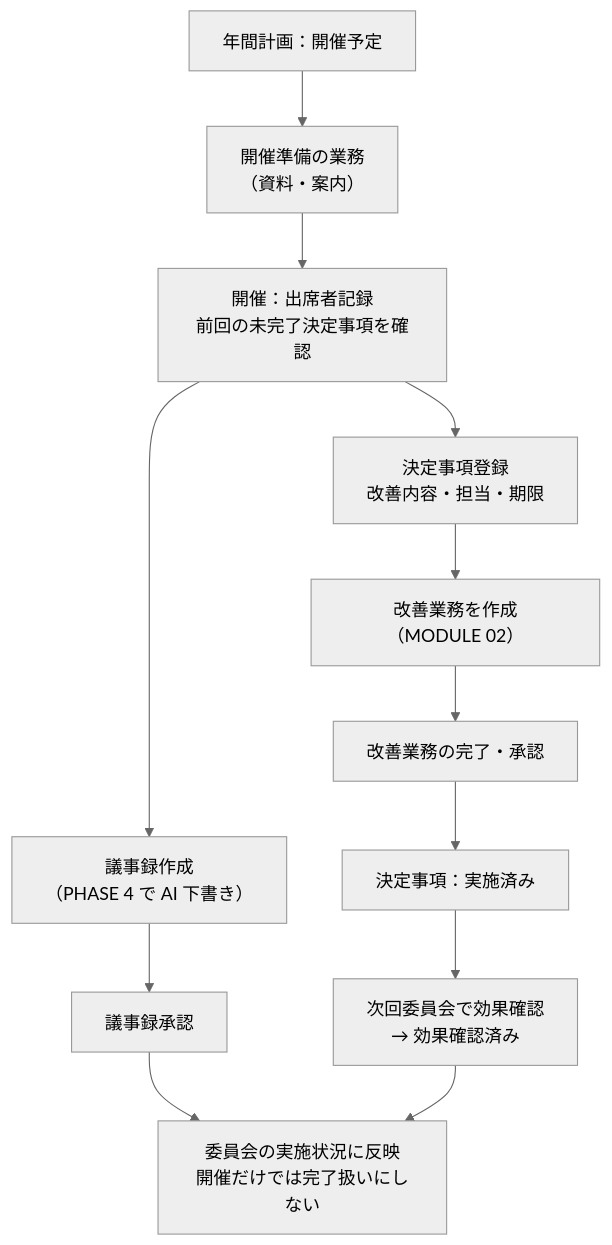
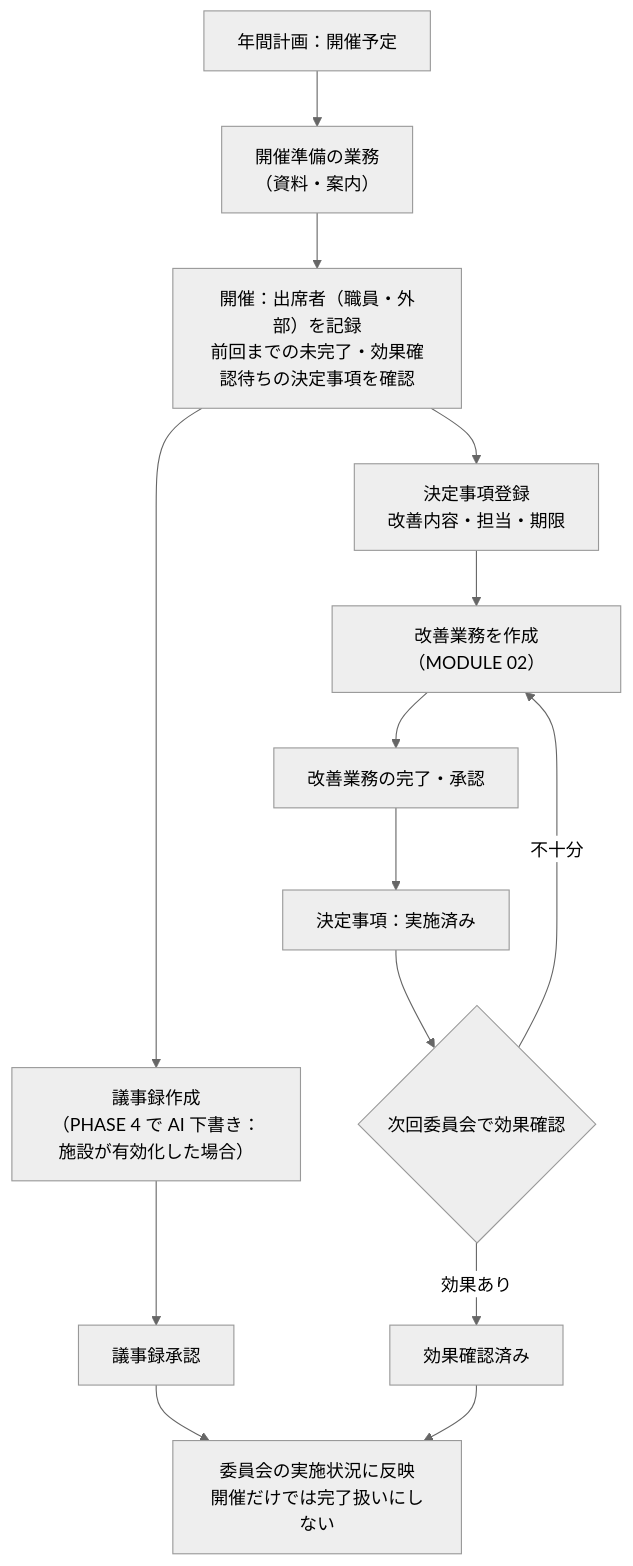
One commit to mao726/company changed the fifth of 11 diagrams in ai-facility-partner/docs/product/user-flows.md. Above: the diagram before and after it, drawn with Mermaid (neutral theme). The commit also changed other lines of this file and 22 other files, not shown here.

````diff
--- a/ai-facility-partner/docs/product/user-flows.md
+++ b/ai-facility-partner/docs/product/user-flows.md
@@ -75,13 +83,15 @@
 ```mermaid
 flowchart TD
   P[年間計画：開催予定] --> Q[開催準備の業務<br/>（資料・案内）]
-  Q --> R[開催：出席者記録<br/>前回の未完了決定事項を確認]
-  R --> S[議事録作成<br/>（PHASE 4 で AI 下書き）]
+  Q --> R[開催：出席者（職員・外部）を記録<br/>前回までの未完了・効果確認待ちの決定事項を確認]
+  R --> S[議事録作成<br/>（PHASE 4 で AI 下書き：施設が有効化した場合）]
   S --> T[議事録承認]
   R --> U[決定事項登録<br/>改善内容・担当・期限]
   U --> V[改善業務を作成（MODULE 02）]
   V --> W[改善業務の完了・承認]
   W --> X[決定事項：実施済み]
-  X --> Y[次回委員会で効果確認<br/>→ 効果確認済み]
-  T & Y --> Z[委員会の実施状況に反映<br/>開催だけでは完了扱いにしない]
+  X --> Y{次回委員会で効果確認}
+  Y -- 効果あり --> Y1[効果確認済み]
+  Y -- 不十分 --> V
+  T & Y1 --> Z[委員会の実施状況に反映<br/>開催だけでは完了扱いにしない]
 ```
````
